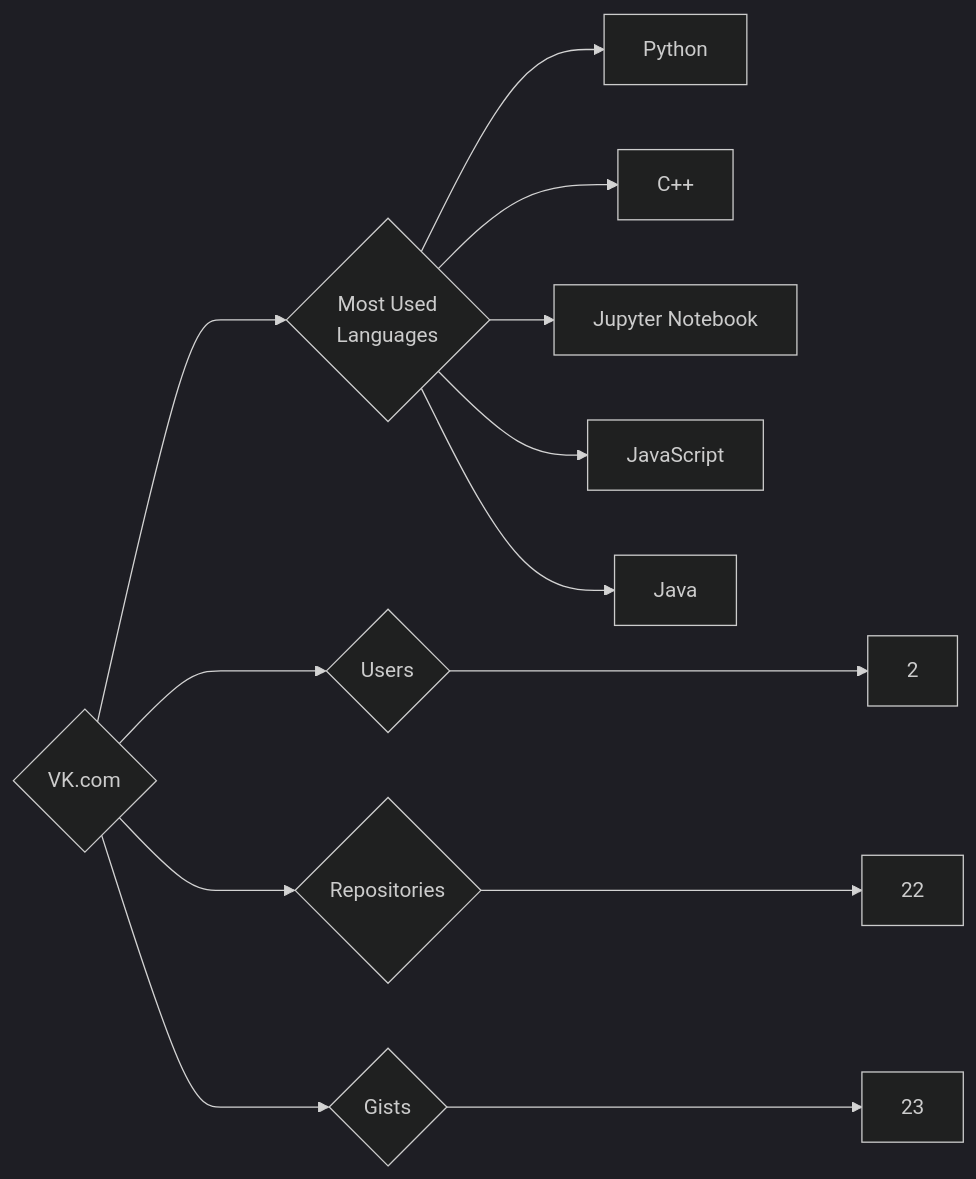
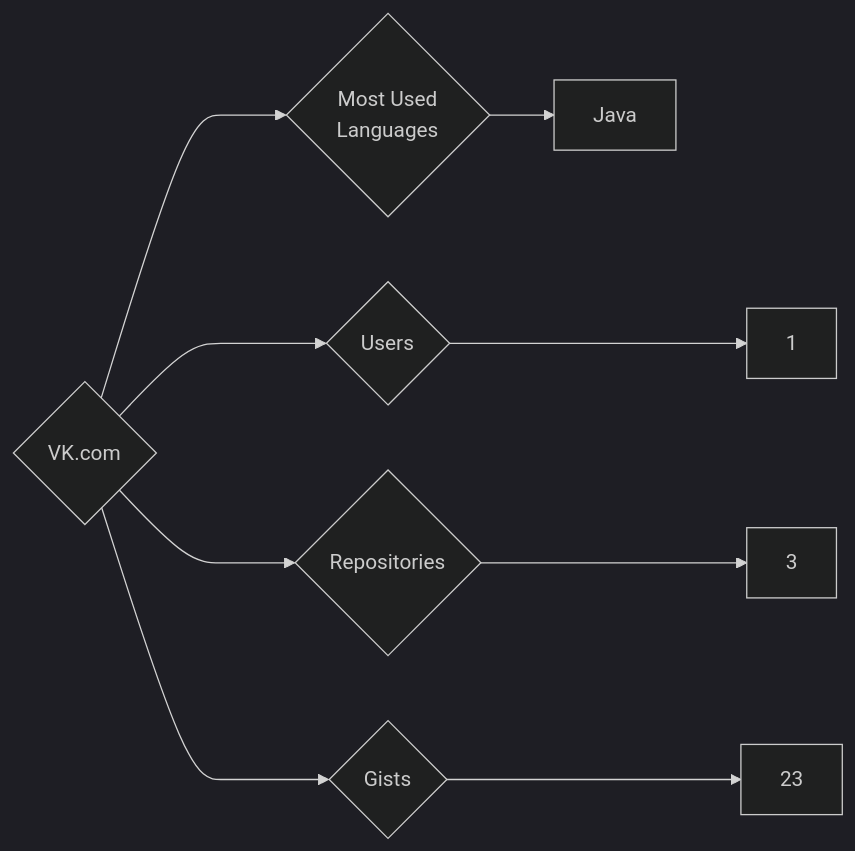
The diagram in targets/VK.com/README.md (trickest/insiders), drawn with Mermaid (dark theme) before and after one commit. The commit also changed 870 other files, not shown here.

````diff
--- a/targets/VK.com/README.md
+++ b/targets/VK.com/README.md
@@ -3,13 +3,9 @@
 ```mermaid
 graph LR
 COMPANY_NAME{VK.com}
-COMPANY_NAME ---> U{Users} ---> UN[2]
-COMPANY_NAME ---> R{Repositories} ---> RN[22]
+COMPANY_NAME ---> U{Users} ---> UN[1]
+COMPANY_NAME ---> R{Repositories} ---> RN[3]
 COMPANY_NAME ---> G{Gists} ---> GN[23]
 COMPANY_NAME ---> ML{Most Used<br>Languages}
-ML --> Python[Python]
-ML --> C++[C++]
-ML --> Jupyter_Notebook[Jupyter Notebook]
-ML --> JavaScript[JavaScript]
 ML --> Java[Java]
 ```
````
